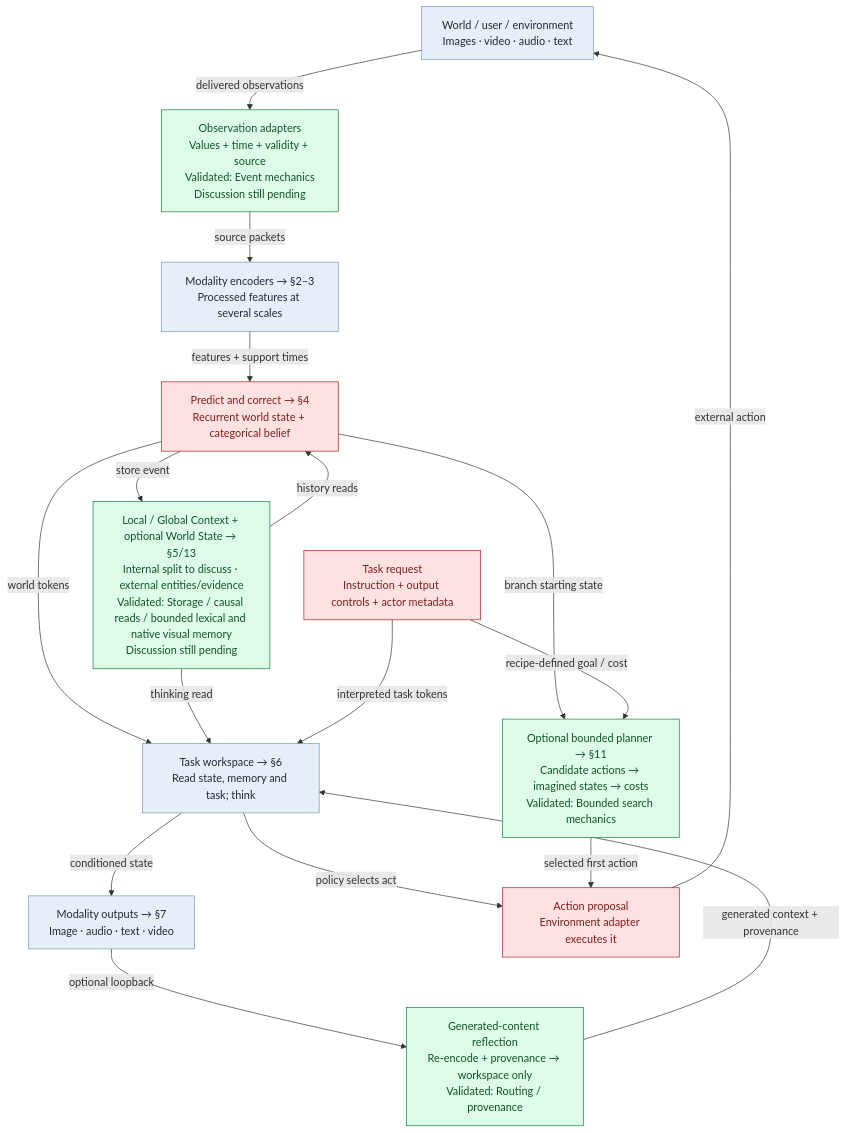
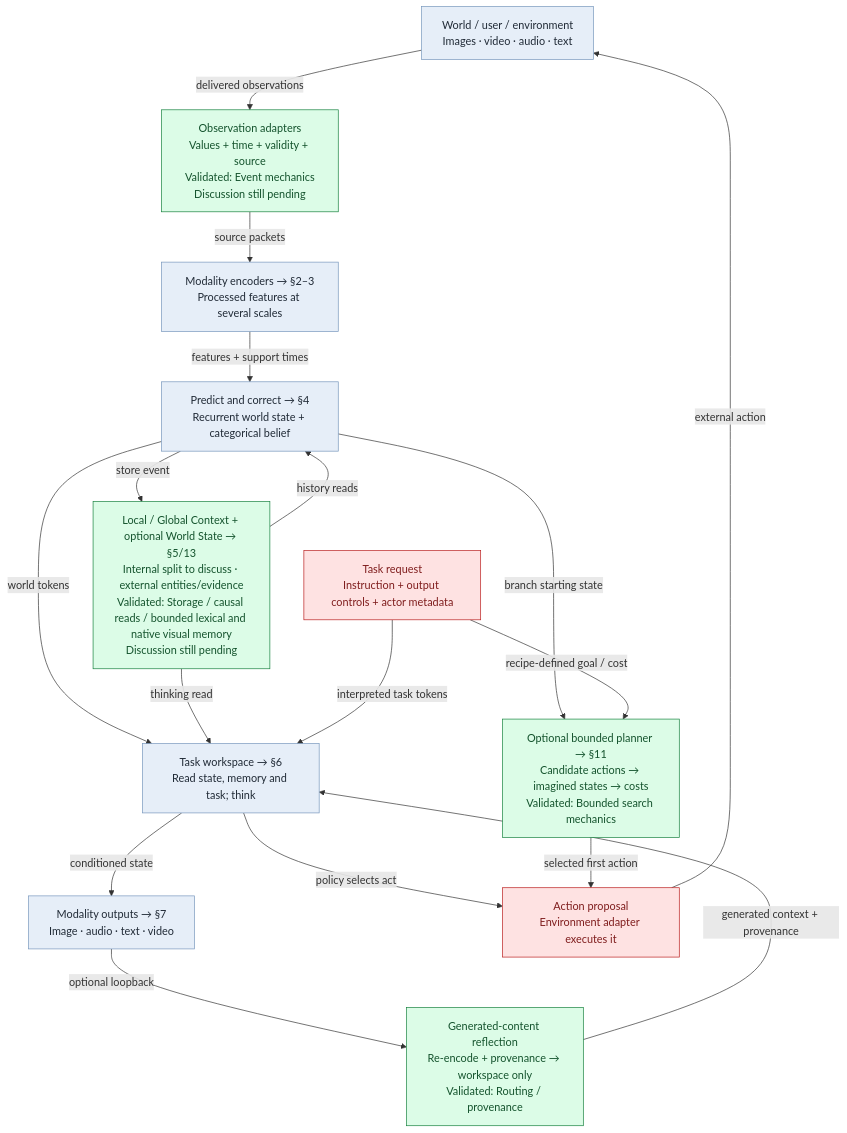
One commit to intrinsicD/path-wm changed the first of 17 diagrams in docs/architecture-atlas.md. Above: the diagram before and after it, drawn with Mermaid. The commit also changed 6 other files, not shown here.

````diff
--- a/docs/architecture-atlas.md
+++ b/docs/architecture-atlas.md
@@ -39,44 +39,44 @@
 ```mermaid
 flowchart TB
     world["World / user / environment<br/>Images · video · audio · text"]
     class world discussion_discussed;
     input["Observation adapters<br/>Values + time + validity + source<br/>Validated: Event mechanics<br/>Discussion still pending"]
     class input discussion_validated;
     encode["Modality encoders → §2–3<br/>Processed features at several scales"]
     class encode discussion_discussed;
     belief["Predict and correct → §4<br/>Recurrent world state + categorical belief"]
-    class belief discussion_needs_discussion;
+    class belief discussion_discussed;
     memory["Local / Global Context + optional World State → §5/13<br/>Internal split to discuss · external entities/evidence<br/>Validated: Storage / causal reads / bounded lexical and native visual memory<br/>Discussion still pending"]
     class memory discussion_validated;
     workspace["Task workspace → §6<br/>Read state, memory and task; think"]
     class workspace discussion_discussed;
     request["Task request<br/>Instruction + output controls + actor metadata"]
     class request discussion_needs_discussion;
     plan["Optional bounded planner → §11<br/>Candidate actions → imagined states → costs<br/>Validated: Bounded search mechanics"]
     class plan discussion_validated;
     emit["Modality outputs → §7<br/>Image · audio · text · video"]
     class emit discussion_discussed;
     act["Action proposal<br/>Environment adapter executes it"]
     class act discussion_needs_discussion;
     reflect["Generated-content reflection<br/>Re-encode + provenance → workspace only<br/>Validated: Routing / provenance"]
     class reflect discussion_validated;
     world -->|"delivered observations"| input
     input -->|"source packets"| encode
     encode -->|"features + support times"| belief
     belief -->|"store event"| memory
     memory -->|"history reads"| belief
     belief -->|"world tokens"| workspace
     memory -->|"thinking read"| workspace
     request -->|"interpreted task tokens"| workspace
     workspace -->|"conditioned state"| emit
     workspace -->|"policy selects act"| act
     belief -->|"branch starting state"| plan
     request -->|"recipe-defined goal / cost"| plan
     plan -->|"selected first action"| act
     act -->|"external action"| world
     emit -->|"optional loopback"| reflect
     reflect -->|"generated context + provenance"| workspace
     classDef discussion_discussed fill:#e6eef8,stroke:#7696bc,color:#202a36;
     classDef discussion_needs_discussion fill:#fee2e2,stroke:#b91c1c,color:#7f1d1d;
     classDef discussion_validated fill:#dcfce7,stroke:#15803d,color:#14532d;
 ```
````
